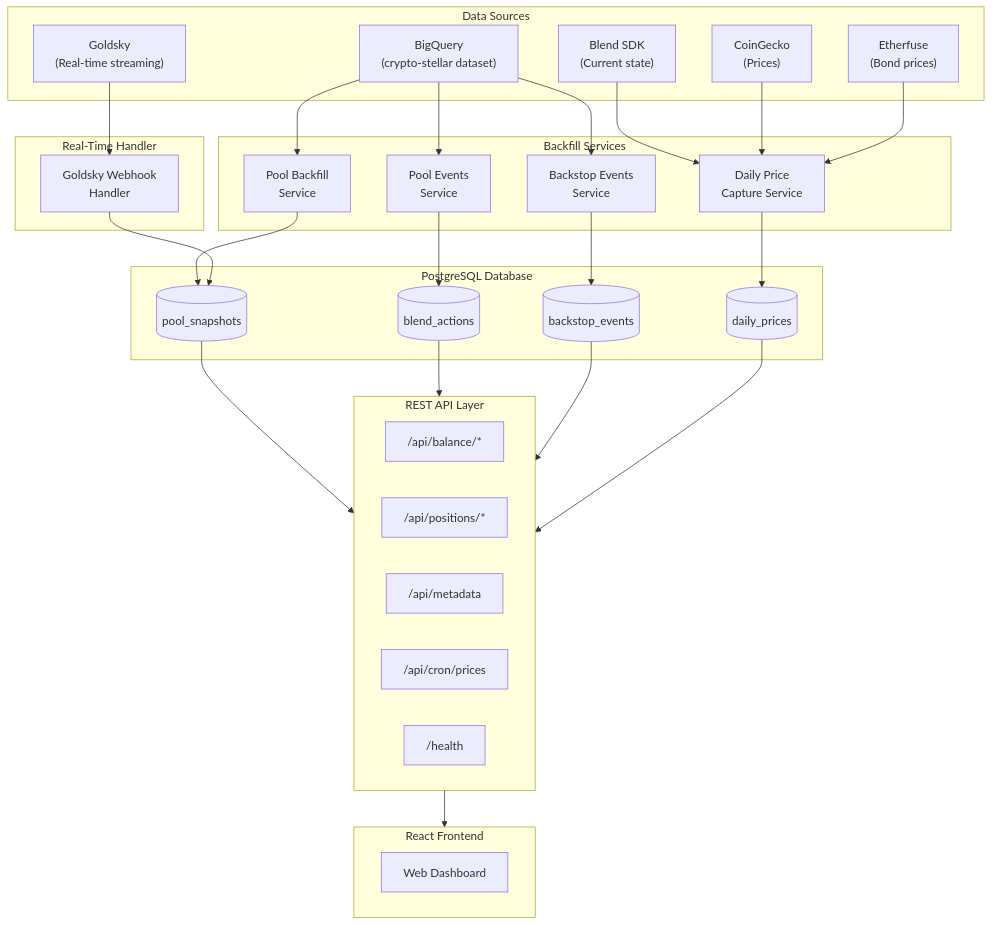
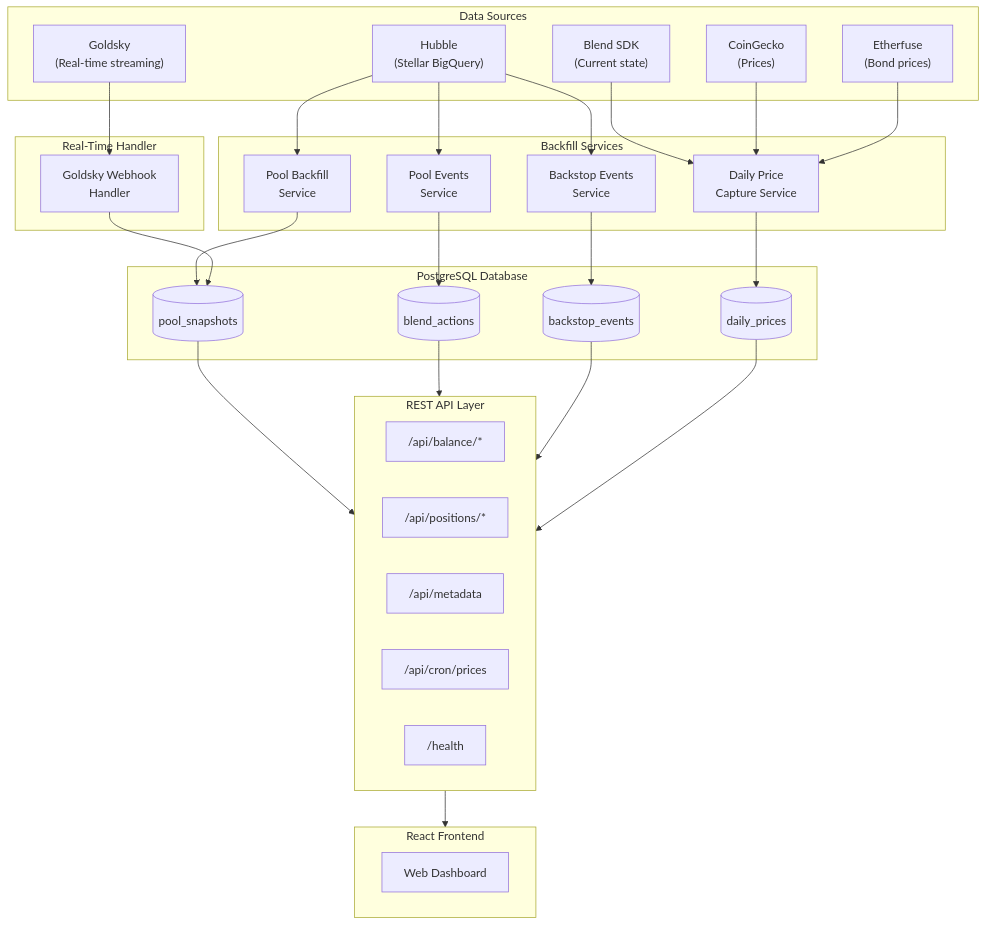
One commit to brunomlr/blend-indexer changed the first of 7 diagrams in README.md. Above: the diagram before and after it, drawn with Mermaid. The commit also changed other lines of this file, not shown here.

````diff
--- a/README.md
+++ b/README.md
@@ -48,61 +48,61 @@
 ```mermaid
 flowchart TB
     subgraph DataSources["Data Sources"]
-        BQ["BigQuery<br/>(crypto-stellar dataset)"]
+        BQ["Hubble<br/>(Stellar BigQuery)"]
         GS["Goldsky<br/>(Real-time streaming)"]
         SDK["Blend SDK<br/>(Current state)"]
         CG["CoinGecko<br/>(Prices)"]
         EF["Etherfuse<br/>(Bond prices)"]
     end
 
     subgraph BackfillServices["Backfill Services"]
         PBS["Pool Backfill<br/>Service"]
         ABS["Pool Events<br/>Service"]
         BBS["Backstop Events<br/>Service"]
         PCS["Daily Price<br/>Capture Service"]
     end
 
     subgraph WebhookHandler["Real-Time Handler"]
         GWH["Goldsky Webhook<br/>Handler"]
     end
 
     subgraph Database["PostgreSQL Database"]
         PS[("pool_snapshots")]
         BA[("blend_actions")]
         BE[("backstop_events")]
         DP[("daily_prices")]
     end
 
     subgraph API["REST API Layer"]
         BAL["/api/balance/*"]
         POS["/api/positions/*"]
         META["/api/metadata"]
         PRICE["/api/cron/prices"]
         HEALTH["/health"]
     end
 
     subgraph Frontend["React Frontend"]
         UI["Web Dashboard"]
     end
 
     BQ --> PBS
     BQ --> ABS
     BQ --> BBS
     GS --> GWH
     SDK --> PCS
     CG --> PCS
     EF --> PCS
 
     PBS --> PS
     ABS --> BA
     BBS --> BE
     PCS --> DP
     GWH --> PS
 
     PS --> API
     BA --> API
     BE --> API
     DP --> API
 
     API --> Frontend
 ```
````
